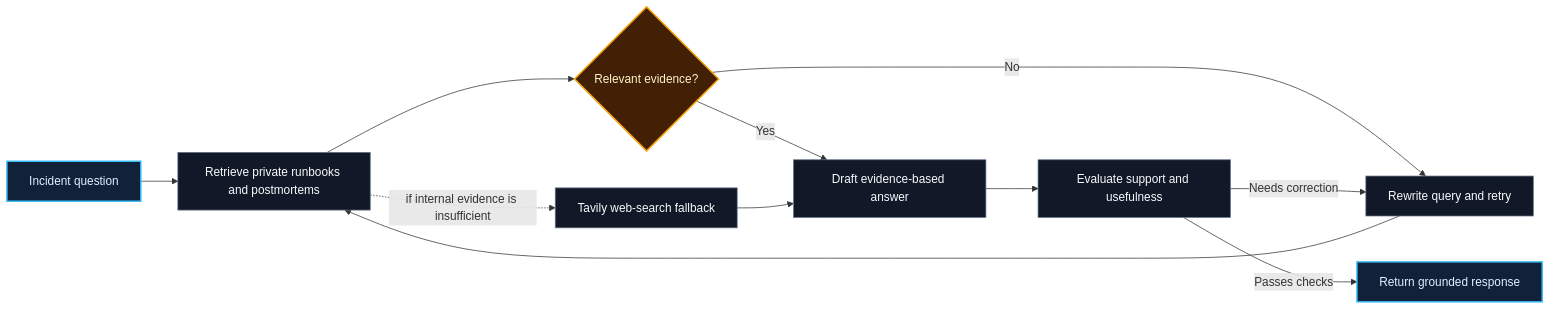
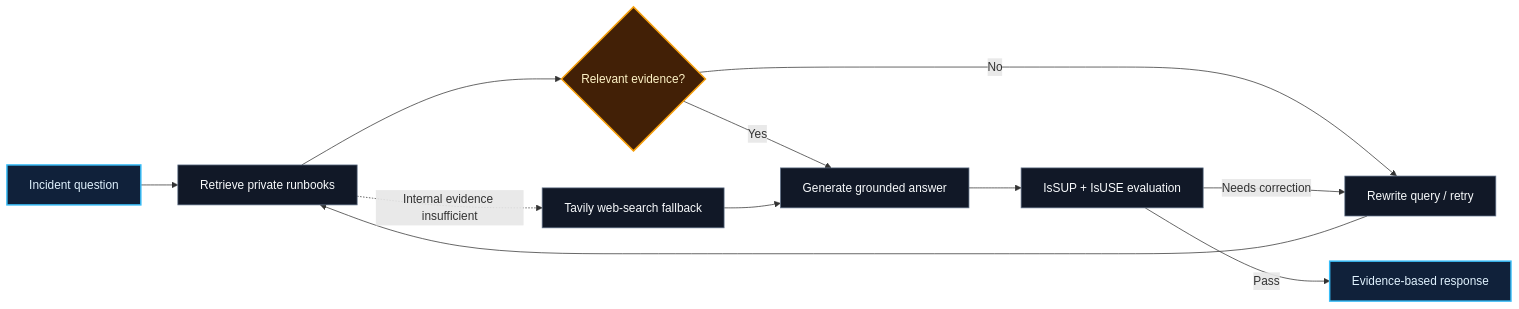
The third of 4 diagrams in README.md (Pradeep-Kumar-30/pradeep-kumar-30), drawn with Mermaid before and after one commit. The commit also changed other lines of this file, not shown here.

````diff
--- a/README.md
+++ b/README.md
@@ -111,20 +101,20 @@
 ```mermaid
 flowchart LR
-    U[Incident question] --> R[Retrieve private runbooks and postmortems]
-    R --> G{Relevant evidence?}
-    G -->|No| Q[Rewrite query and retry]
-    Q --> R
-    G -->|Yes| A[Draft evidence-based answer]
-    R -. if internal evidence is insufficient .-> W[Tavily web-search fallback]
-    W --> A
-    A --> E[Evaluate support and usefulness]
-    E -->|Needs correction| Q
-    E -->|Passes checks| O[Return grounded response]
-    classDef entry fill:#10213A,stroke:#38BDF8,color:#E0F2FE,stroke-width:2px
+    A[Incident question] --> B[Retrieve private runbooks]
+    B --> C{Relevant evidence?}
+    C -->|No| D[Rewrite query / retry]
+    D --> B
+    B -. Internal evidence insufficient .-> E[Tavily web-search fallback]
+    C -->|Yes| F[Generate grounded answer]
+    E --> F
+    F --> G[IsSUP + IsUSE evaluation]
+    G -->|Needs correction| D
+    G -->|Pass| H[Evidence-based response]
+    classDef input fill:#10213A,stroke:#38BDF8,color:#E0F2FE,stroke-width:2px
     classDef step fill:#111827,stroke:#64748B,color:#F8FAFC
-    classDef choice fill:#422006,stroke:#F59E0B,color:#FEF3C7,stroke-width:2px
-    classDef result fill:#052E16,stroke:#22C55E,color:#DCFCE7,stroke-width:2px
-    class U,O entry
-    class R,Q,A,E,W step
-    class G choice
+    classDef gate fill:#422006,stroke:#F59E0B,color:#FEF3C7,stroke-width:2px
+    classDef done fill:#052E16,stroke:#22C55E,color:#DCFCE7
+    class A,H input
+    class B,D,E,F,G step
+    class C gate
 ```
````
